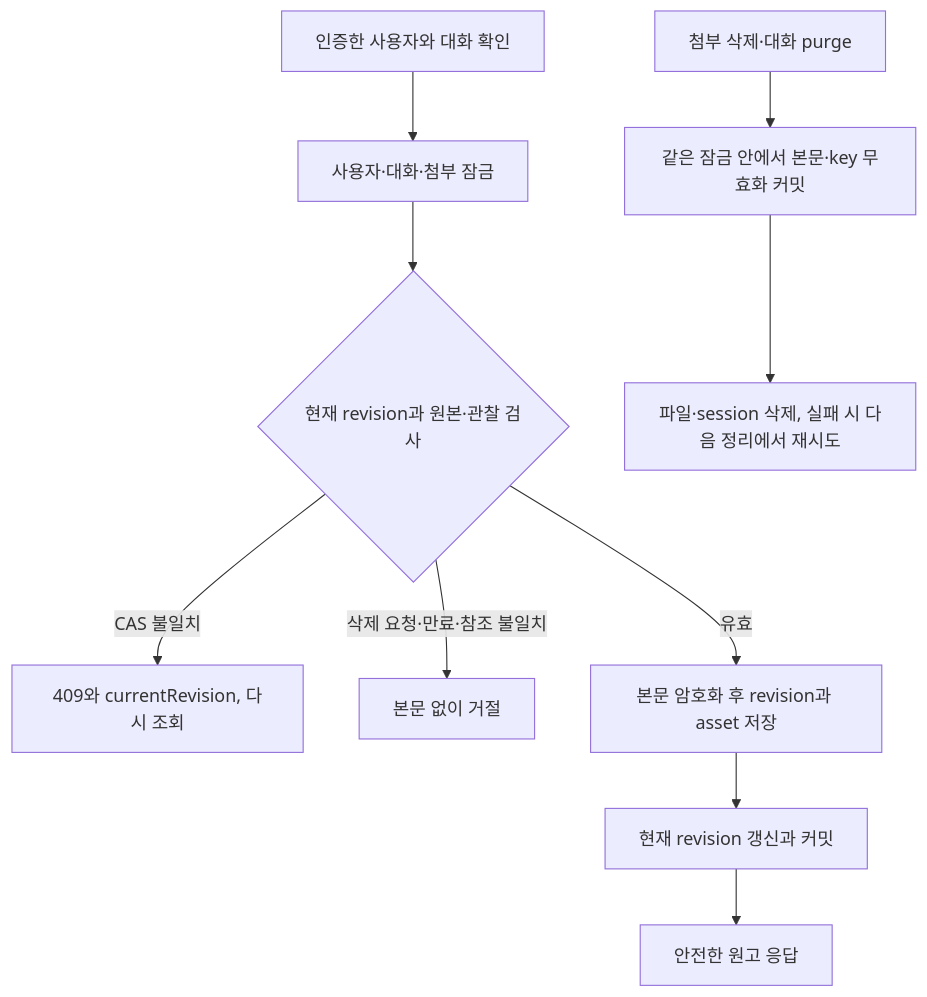
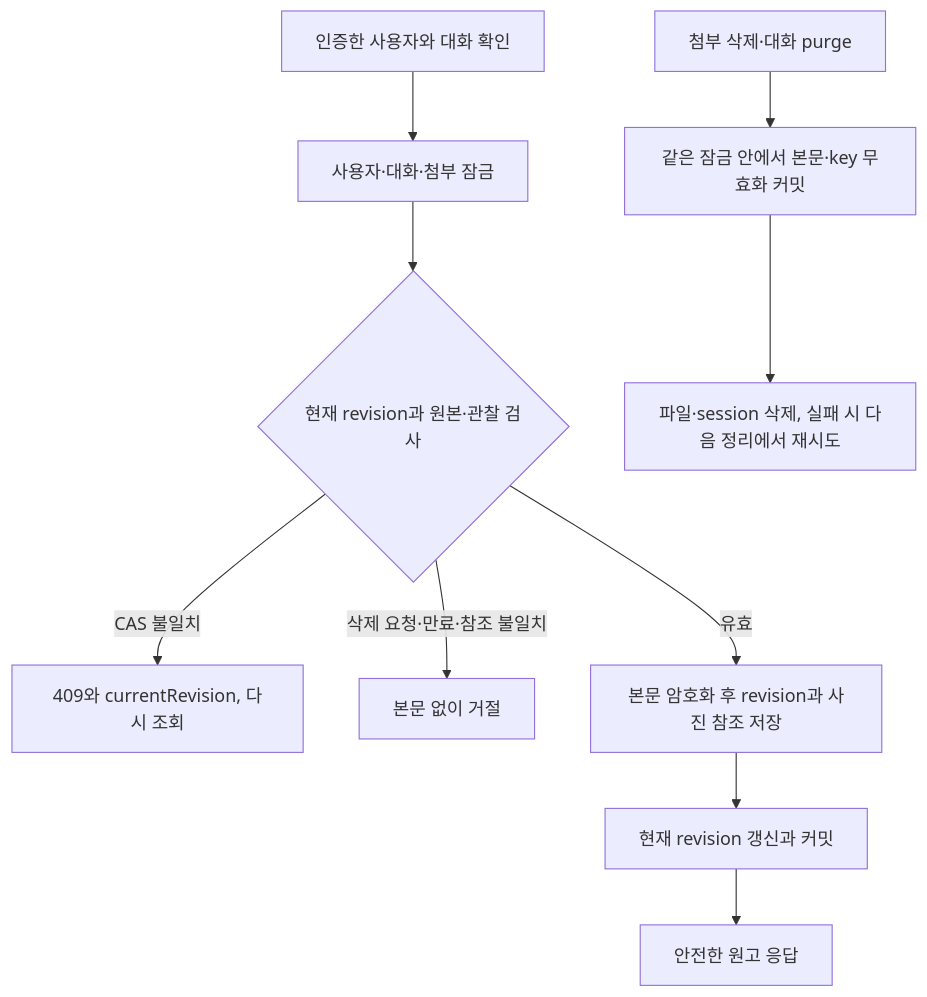
The diagram in docs/features/content-draft.md (jon890/fos-assistant), drawn with Mermaid before and after one commit. The commit also changed other lines of this file and 2 other files, not shown here.

Commit message:
docs(backend): 원고 job 칸의 NULL 허용 범위와 되돌릴 때 잃는 것을 적고 asset 저장소를 가리키던 문장을 고친다

````diff
--- a/docs/features/content-draft.md
+++ b/docs/features/content-draft.md
@@ -413,12 +413,12 @@
 ```mermaid
 flowchart TD
     A[인증한 사용자와 대화 확인] --> B[사용자·대화·첨부 잠금]
     B --> C{현재 revision과 원본·관찰 검사}
     C -->|CAS 불일치| D[409와 currentRevision, 다시 조회]
     C -->|삭제 요청·만료·참조 불일치| E[본문 없이 거절]
-    C -->|유효| F[본문 암호화 후 revision과 asset 저장]
+    C -->|유효| F[본문 암호화 후 revision과 사진 참조 저장]
     F --> G[현재 revision 갱신과 커밋]
     G --> H[안전한 원고 응답]
     X[첨부 삭제·대화 purge] --> Y[같은 잠금 안에서 본문·key 무효화 커밋]
     Y --> Z[파일·session 삭제, 실패 시 다음 정리에서 재시도]
 ```
````
